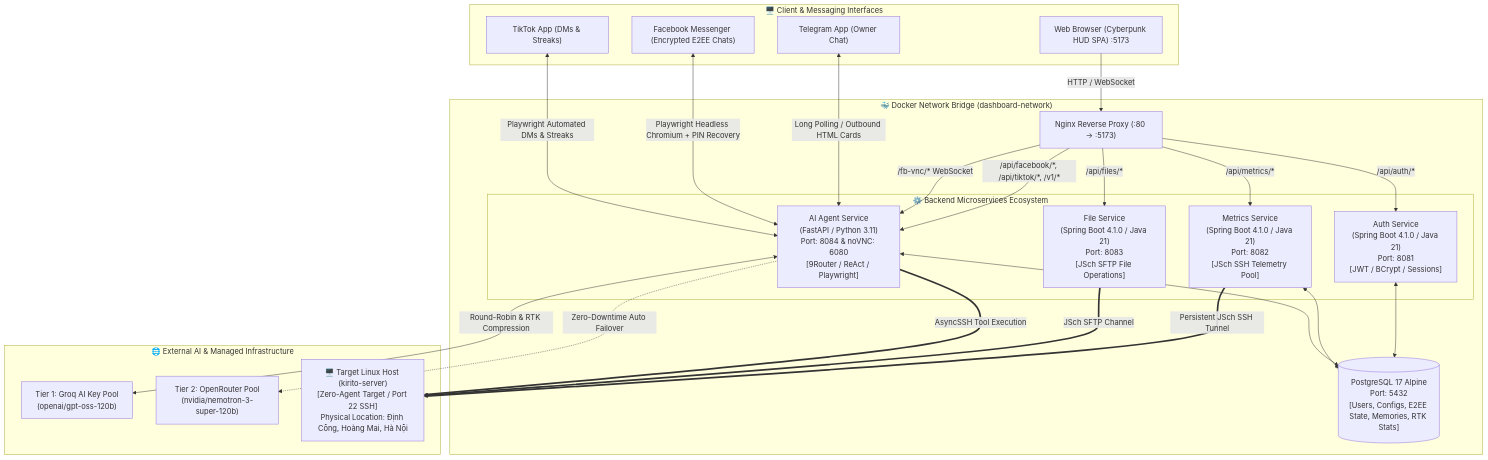
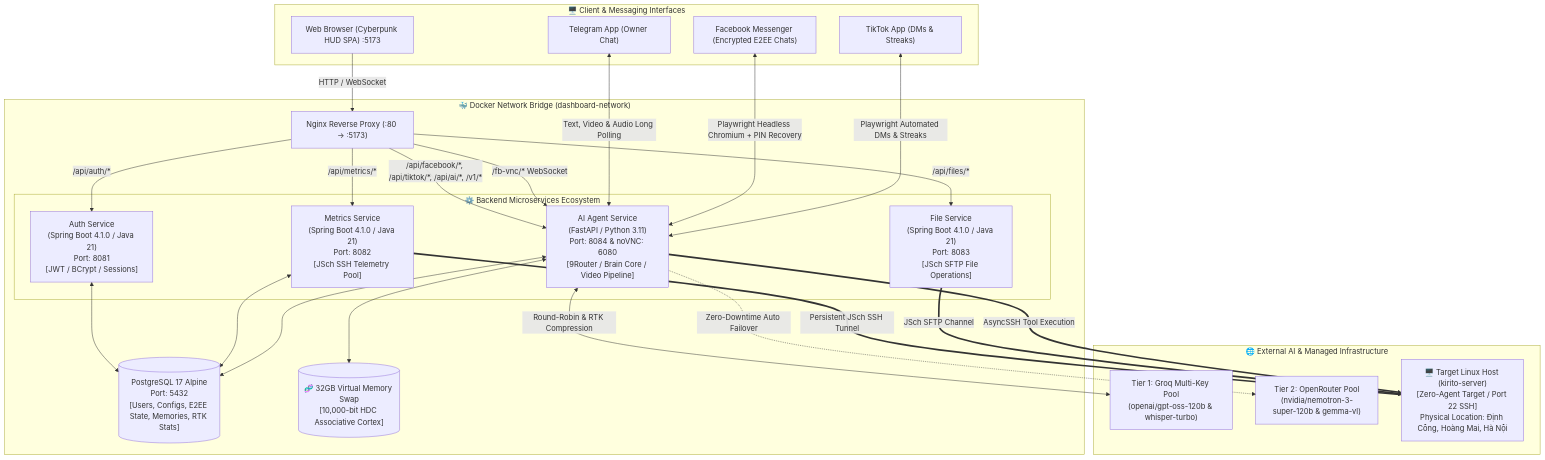
Before and after one commit to tranvanmanh9325/quan_ly_server: the first of 3 diagrams in README.md, drawn with Mermaid. The commit also changed other lines of this file and 10 other files, not shown here.

Commit message:
docs: comprehensive overhaul for Neuromorphic Brain Core, Multimodal Video Pipeline, and System Automation

````diff
--- a/README.md
+++ b/README.md
@@ -54,50 +54,52 @@
 ```mermaid
 flowchart TD
     subgraph ClientLayer["🖥️ Client & Messaging Interfaces"]
         Browser["Web Browser (Cyberpunk HUD SPA) :5173"]
         TelegramUser["Telegram App (Owner Chat)"]
         FBUser["Facebook Messenger (Encrypted E2EE Chats)"]
         TikTokUser["TikTok App (DMs & Streaks)"]
     end
 
     subgraph DockerBridge["🐳 Docker Network Bridge (dashboard-network)"]
         Nginx["Nginx Reverse Proxy (:80 -> :5173)"]
 
         subgraph BackendServices["⚙️ Backend Microservices Ecosystem"]
             AuthSvc["Auth Service\n(Spring Boot 4.1.0 / Java 21)\nPort: 8081\n[JWT / BCrypt / Sessions]"]
             MetricsSvc["Metrics Service\n(Spring Boot 4.1.0 / Java 21)\nPort: 8082\n[JSch SSH Telemetry Pool]"]
             FileSvc["File Service\n(Spring Boot 4.1.0 / Java 21)\nPort: 8083\n[JSch SFTP File Operations]"]
-            AgentSvc["AI Agent Service\n(FastAPI / Python 3.11)\nPort: 8084 & noVNC: 6080\n[9Router / ReAct / Playwright]"]
+            AgentSvc["AI Agent Service\n(FastAPI / Python 3.11)\nPort: 8084 & noVNC: 6080\n[9Router / Brain Core / Video Pipeline]"]
         end
 
         Database[("PostgreSQL 17 Alpine\nPort: 5432\n[Users, Configs, E2EE State, Memories, RTK Stats]")]
+        SwapCortex[("🧬 32GB Virtual Memory Swap\n[10,000-bit HDC Associative Cortex]")]
     end
 
     subgraph Infrastructure["🌐 External AI & Managed Infrastructure"]
-        GroqPool["Tier 1: Groq AI Key Pool\n(openai/gpt-oss-120b)"]
-        OpenRouterPool["Tier 2: OpenRouter Pool\n(nvidia/nemotron-3-super-120b)"]
+        GroqPool["Tier 1: Groq Multi-Key Pool\n(openai/gpt-oss-120b & whisper-turbo)"]
+        OpenRouterPool["Tier 2: OpenRouter Pool\n(nvidia/nemotron-3-super-120b & gemma-vl)"]
         TargetServer["🖥️ Target Linux Host (kirito-server)\n[Zero-Agent Target / Port 22 SSH]\nPhysical Location: Định Công, Hoàng Mai, Hà Nội"]
     end
 
     Browser -->|HTTP / WebSocket| Nginx
     Nginx -->|/api/auth/*| AuthSvc
     Nginx -->|/api/metrics/*| MetricsSvc
     Nginx -->|/api/files/*| FileSvc
-    Nginx -->|/api/facebook/*, /api/tiktok/*, /v1/*| AgentSvc
+    Nginx -->|/api/facebook/*, /api/tiktok/*, /api/ai/*, /v1/*| AgentSvc
     Nginx -->|/fb-vnc/* WebSocket| AgentSvc
 
-    TelegramUser <-->|Long Polling / Outbound HTML Cards| AgentSvc
+    TelegramUser <-->|Text, Video & Audio Long Polling| AgentSvc
     FBUser <-->|Playwright Headless Chromium + PIN Recovery| AgentSvc
     TikTokUser <-->|Playwright Automated DMs & Streaks| AgentSvc
 
     AuthSvc <--> Database
     MetricsSvc <--> Database
     AgentSvc <--> Database
+    AgentSvc <--> SwapCortex
 
     MetricsSvc ==>|Persistent JSch SSH Tunnel| TargetServer
     FileSvc ==>|JSch SFTP Channel| TargetServer
     AgentSvc ==>|AsyncSSH Tool Execution| TargetServer
 
     AgentSvc <-->|Round-Robin & RTK Compression| GroqPool
     AgentSvc -.->|Zero-Downtime Auto Failover| OpenRouterPool
 ```
````
